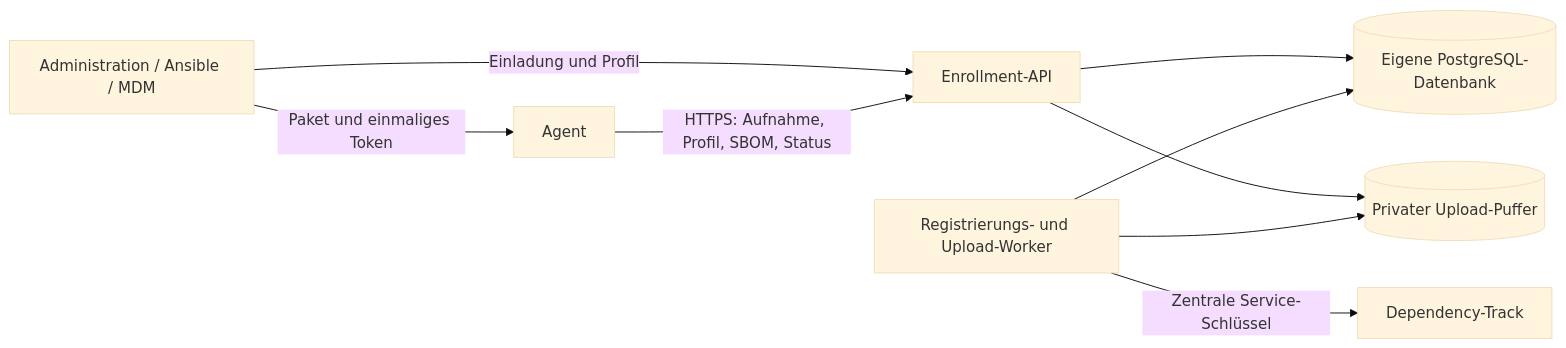
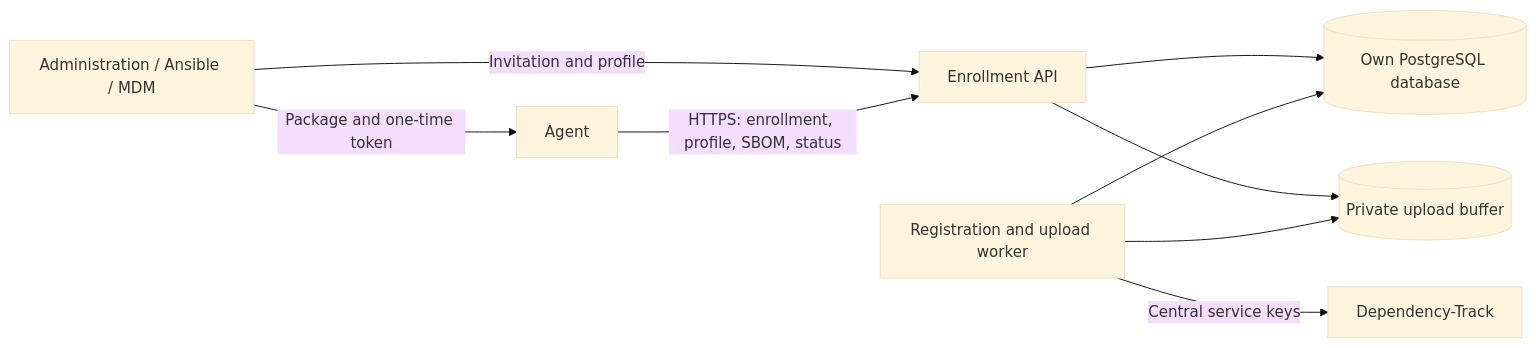
Before and after one commit to jandegen/PatchWatch: the diagram in docs/design/enrollment.md, drawn with Mermaid (base theme). The commit also changed other lines of this file and 43 other files, not shown here.

````diff
--- a/docs/design/enrollment.md
+++ b/docs/design/enrollment.md
@@ -26,11 +26,11 @@
 ```mermaid
 flowchart LR
-    M[Administration / Ansible / MDM] -->|Einladung und Profil| E[Enrollment-API]
-    M -->|Paket und einmaliges Token| A[Agent]
-    A -->|HTTPS: Aufnahme, Profil, SBOM, Status| E
-    E --> P[(Eigene PostgreSQL-Datenbank)]
-    E --> Q[(Privater Upload-Puffer)]
-    W[Registrierungs- und Upload-Worker] --> P
+    M[Administration / Ansible / MDM] -->|Invitation and profile| E[Enrollment API]
+    M -->|Package and one-time token| A[Agent]
+    A -->|HTTPS: enrollment, profile, SBOM, status| E
+    E --> P[(Own PostgreSQL database)]
+    E --> Q[(Private upload buffer)]
+    W[Registration and upload worker] --> P
     W --> Q
-    W -->|Zentrale Service-Schlüssel| D[Dependency-Track]
+    W -->|Central service keys| D[Dependency-Track]
 ```
````
